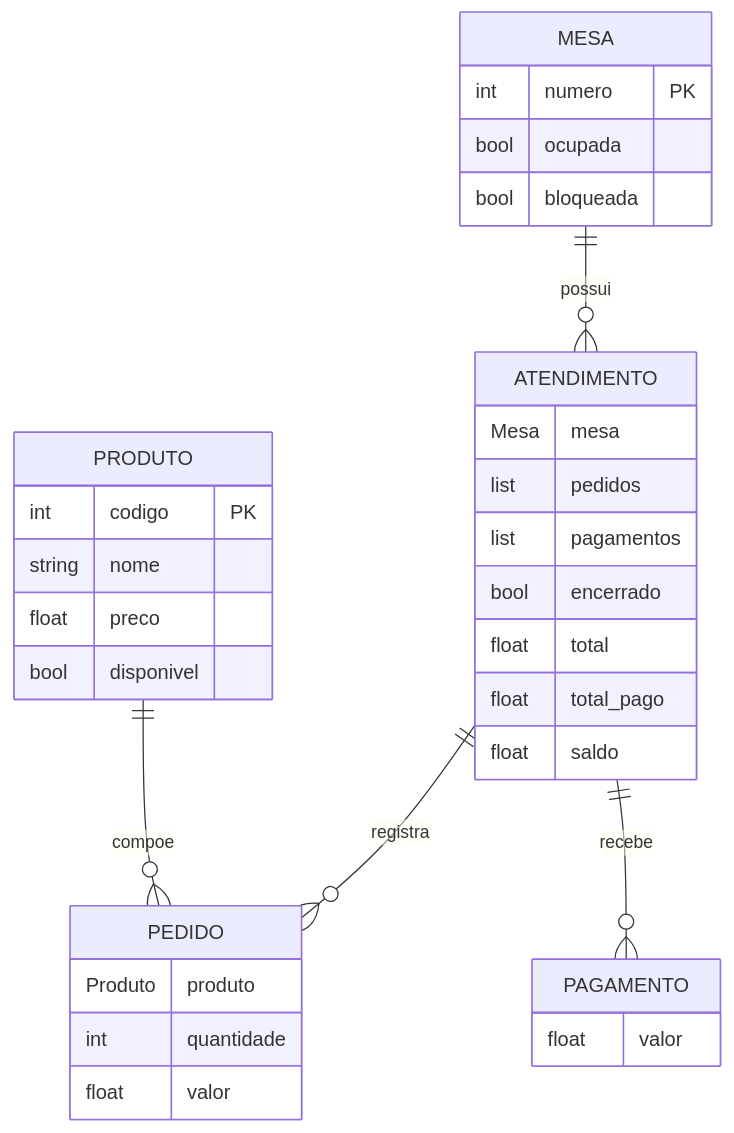
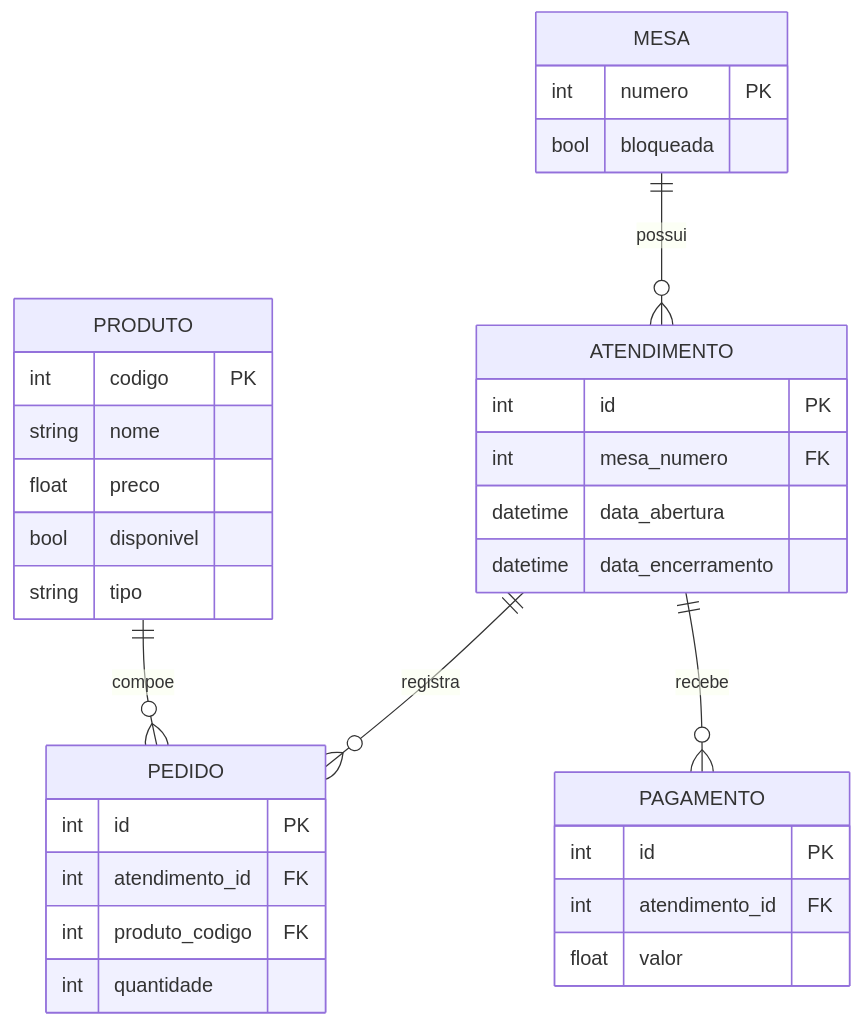
Before and after one commit to lariescolar/RegistroDeComandas: the diagram in README.md, drawn with Mermaid. The commit also changed other lines of this file and 38 other files, not shown here.

````diff
--- a/README.md
+++ b/README.md
@@ -248,40 +260,40 @@
 ```mermaid
 erDiagram
     MESA ||--o{ ATENDIMENTO : possui
     ATENDIMENTO ||--o{ PEDIDO : registra
     PRODUTO ||--o{ PEDIDO : compoe
     ATENDIMENTO ||--o{ PAGAMENTO : recebe
 
     MESA {
         int numero PK
-        bool ocupada
         bool bloqueada
     }
 
     ATENDIMENTO {
-        Mesa mesa
-        list pedidos
-        list pagamentos
-        bool encerrado
-        float total
-        float total_pago
-        float saldo
+        int id PK
+        int mesa_numero FK
+        datetime data_abertura
+        datetime data_encerramento
     }
 
     PRODUTO {
         int codigo PK
         string nome
         float preco
         bool disponivel
+        string tipo
     }
 
     PEDIDO {
-        Produto produto
+        int id PK
+        int atendimento_id FK
+        int produto_codigo FK
         int quantidade
-        float valor
     }
 
     PAGAMENTO {
+        int id PK
+        int atendimento_id FK
         float valor
     }
 ```
````
